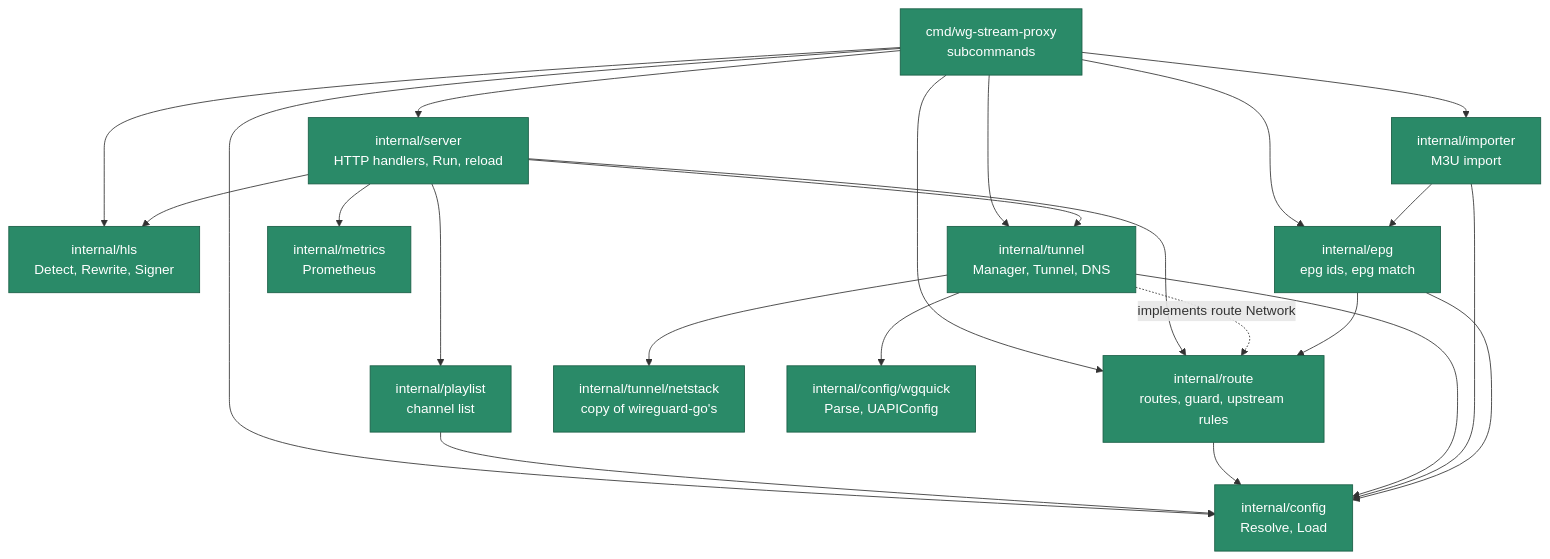
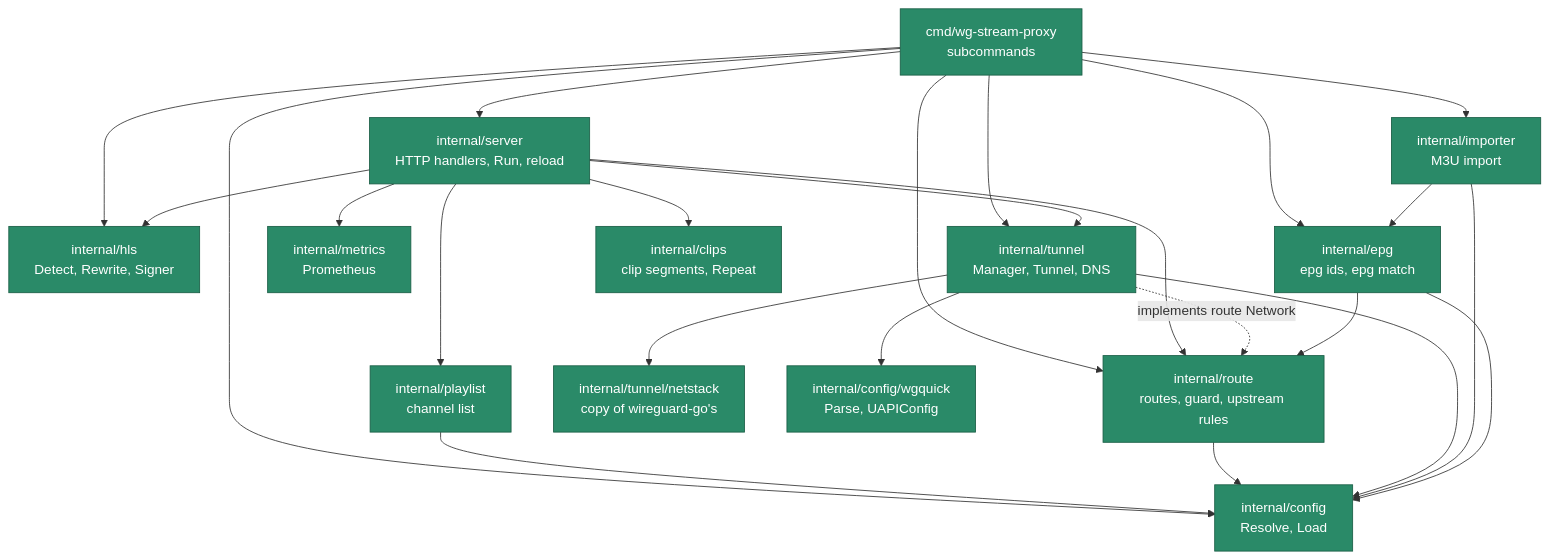
Diagram 14 of 17 in docs/architecture.md (KingOfKalk/wg-stream-proxy), drawn with Mermaid before and after one commit. The commit also changed other lines of this file and 37 other files, not shown here.

Commit message:
feat(server): show error clips when an HLS channel fails to start (#119)

````diff
--- a/docs/architecture.md
+++ b/docs/architecture.md
@@ -815,26 +817,27 @@
 ```mermaid
 flowchart TD
     main["cmd/wg-stream-proxy<br/>subcommands"]:::done
     server["internal/server<br/>HTTP handlers, Run, reload"]:::done
     playlist["internal/playlist<br/>channel list"]:::done
     hls["internal/hls<br/>Detect, Rewrite, Signer"]:::done
     route["internal/route<br/>routes, guard, upstream rules"]:::done
     tunnel["internal/tunnel<br/>Manager, Tunnel, DNS"]:::done
     netstack["internal/tunnel/netstack<br/>copy of wireguard-go's"]:::done
     config["internal/config<br/>Resolve, Load"]:::done
     wgquick["internal/config/wgquick<br/>Parse, UAPIConfig"]:::done
     metrics["internal/metrics<br/>Prometheus"]:::done
     importer["internal/importer<br/>M3U import"]:::done
     epg["internal/epg<br/>epg ids, epg match"]:::done
+    clips["internal/clips<br/>clip segments, Repeat"]:::done
 
     main --> server & config & importer & epg & route & tunnel & hls
-    server --> playlist & hls & route & tunnel & metrics
+    server --> playlist & hls & route & tunnel & metrics & clips
     playlist --> config
     route --> config
     tunnel -. "implements route Network" .-> route
     tunnel --> config & wgquick & netstack
     importer --> config & epg
     epg --> config & route
 
     classDef done fill:#2a8a68,stroke:#1a5e46,color:#ffffff
 ```
````
